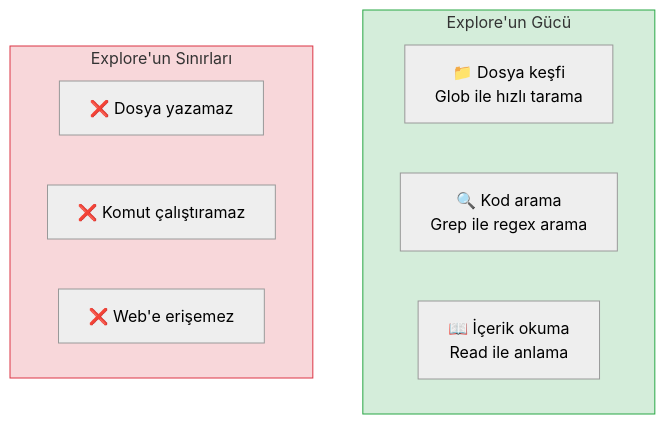
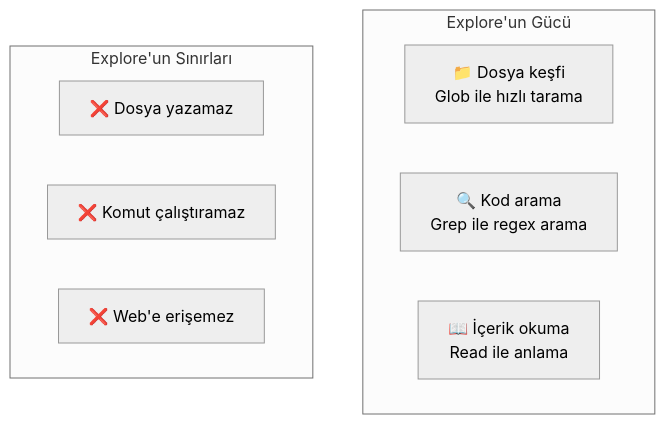
One commit to IzzetYasinAtes/ClaudeCodeHandbook changed the third of 7 diagrams in 13-subagentlar-ve-agent-takimlari/02-dahili-subagentlar.md. Above: the diagram before and after it, drawn with Mermaid (neutral theme). The commit also changed other lines of this file and 97 other files, not shown here.

Commit message:
Remove all custom Mermaid style/fill colors from 98 markdown files for consistent dark theme rendering

````diff
--- a/13-subagentlar-ve-agent-takimlari/02-dahili-subagentlar.md
+++ b/13-subagentlar-ve-agent-takimlari/02-dahili-subagentlar.md
@@ -83,19 +80,17 @@
 ```mermaid
 flowchart TD
     subgraph explore_strength ["Explore'un Gücü"]
         direction LR
         S1["📁 Dosya keşfi<br/>Glob ile hızlı tarama"]
         S2["🔍 Kod arama<br/>Grep ile regex arama"]
         S3["📖 İçerik okuma<br/>Read ile anlama"]
     end
 
     subgraph explore_limit ["Explore'un Sınırları"]
         direction LR
         L1["❌ Dosya yazamaz"]
         L2["❌ Komut çalıştıramaz"]
         L3["❌ Web'e erişemez"]
     end
 
-    style explore_strength fill:#d4edda,stroke:#28a745
-    style explore_limit fill:#f8d7da,stroke:#dc3545
 ```
````
